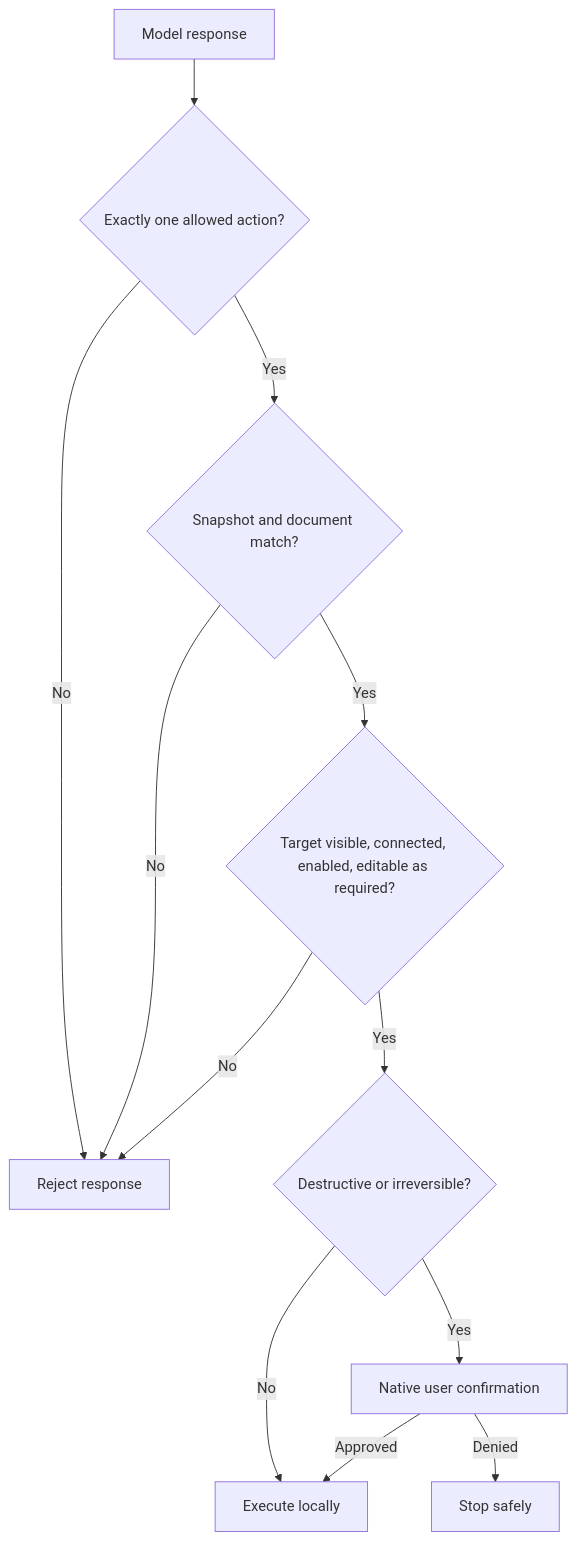
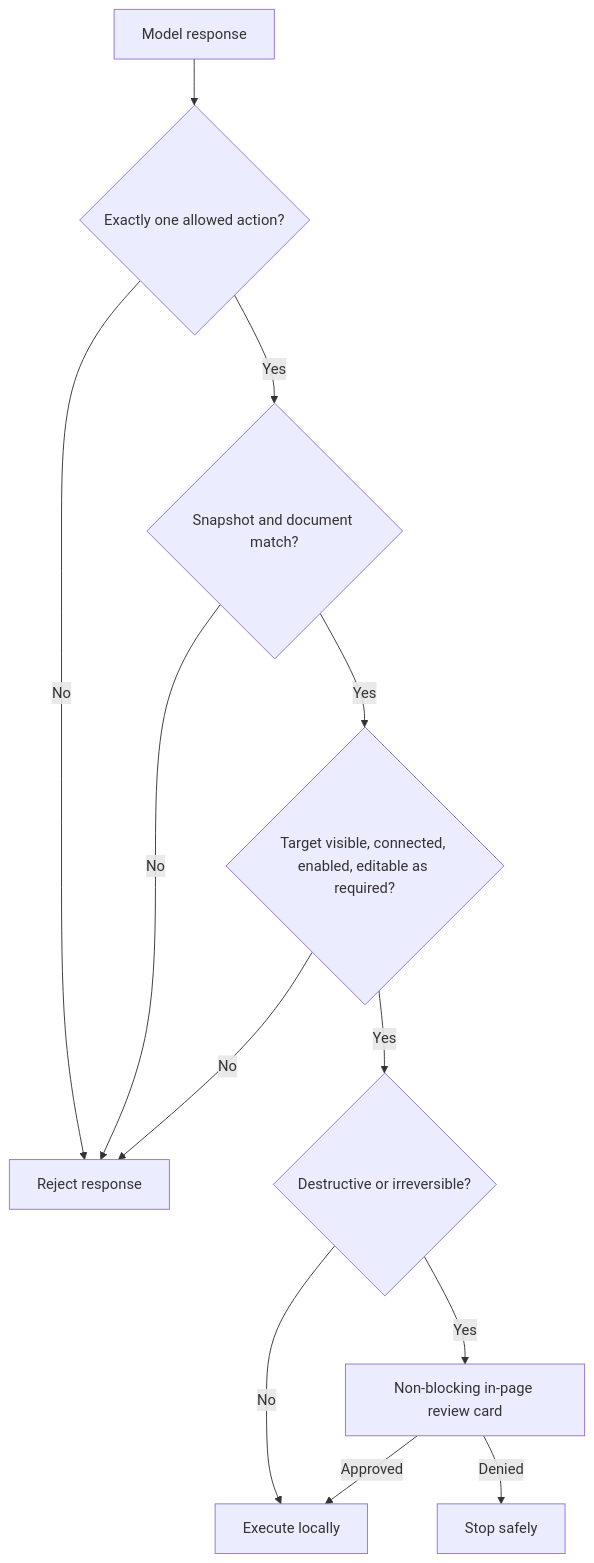
Before and after one commit to Rohinth-S/NAYAN: the third of 4 diagrams in PROTOCOL.md, drawn with Mermaid. The commit also changed other lines of this file and 37 other files, not shown here.

````diff
--- a/PROTOCOL.md
+++ b/PROTOCOL.md
@@ -171,14 +171,14 @@
 ```mermaid
 flowchart TD
     RESPONSE[Model response] --> SHAPE{Exactly one allowed action?}
     SHAPE -- No --> REJECT[Reject response]
     SHAPE -- Yes --> SNAP{Snapshot and document match?}
     SNAP -- No --> REJECT
     SNAP -- Yes --> TARGET{Target visible, connected, enabled, editable as required?}
     TARGET -- No --> REJECT
     TARGET -- Yes --> RISK{Destructive or irreversible?}
-    RISK -- Yes --> CONFIRM[Native user confirmation]
+    RISK -- Yes --> CONFIRM[Non-blocking in-page review card]
     RISK -- No --> EXECUTE[Execute locally]
     CONFIRM -- Approved --> EXECUTE
     CONFIRM -- Denied --> STOP[Stop safely]
 ```
````
